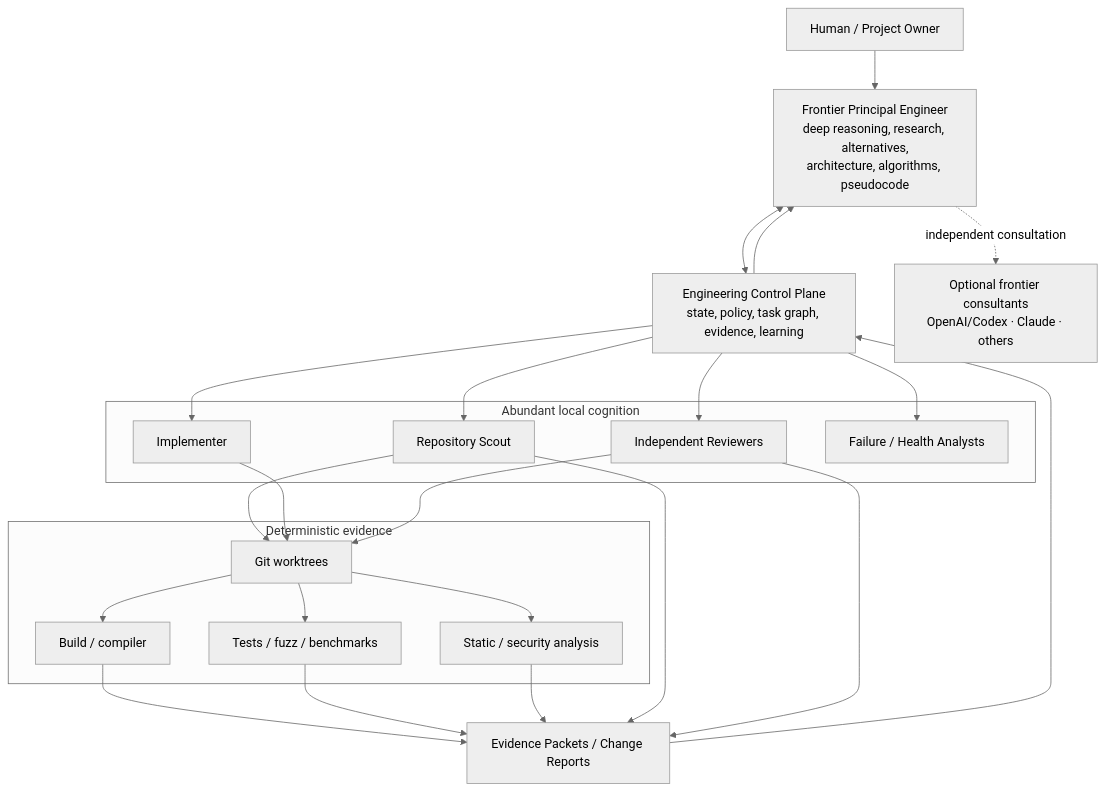
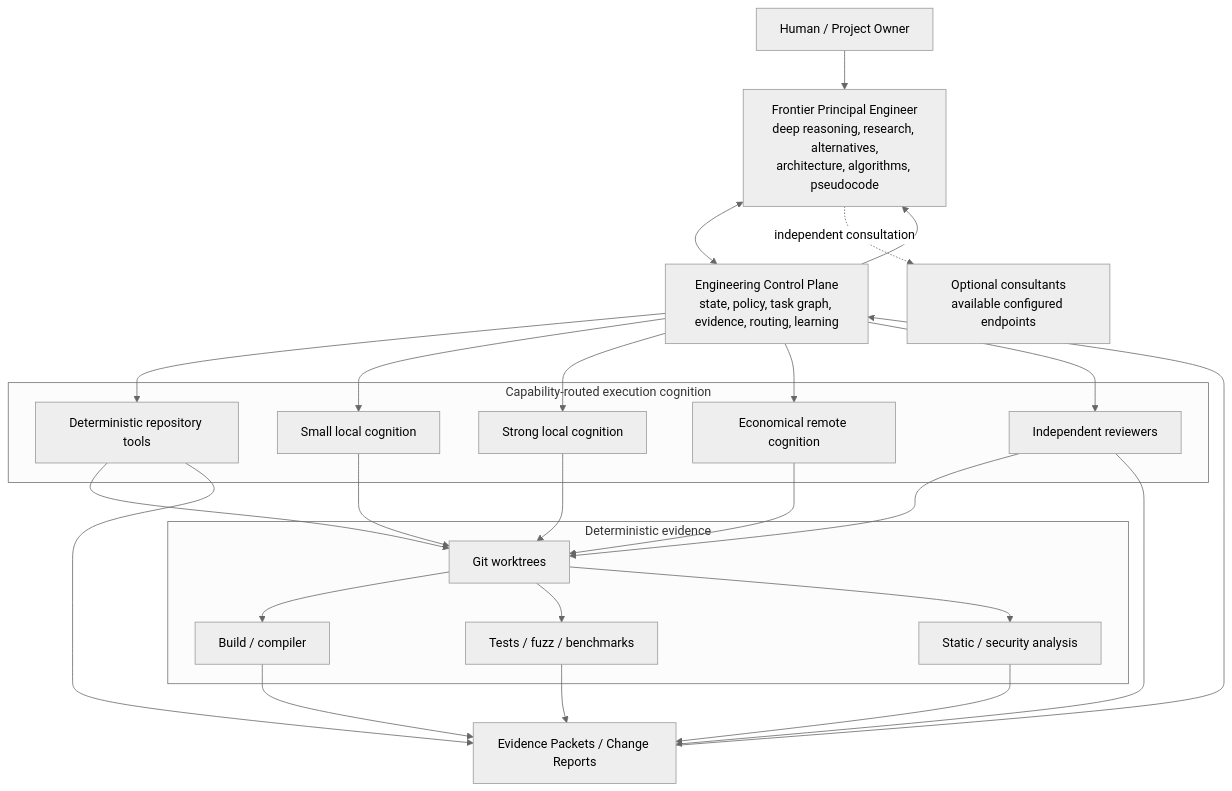
Before and after one commit to olostan/DevCadence: the first of 2 diagrams in README.md, drawn with Mermaid (neutral theme). The commit also changed other lines of this file, not shown here.

Commit message:
docs: reconcile README with adaptive cognition and project adoption

````diff
--- a/README.md
+++ b/README.md
@@ -21,44 +25,48 @@
 ```mermaid
 flowchart TB
     H["Human / Project Owner"]
     P["Frontier Principal Engineer<br/>deep reasoning, research, alternatives,<br/>architecture, algorithms, pseudocode"]
-    C["Engineering Control Plane<br/>state, policy, task graph, evidence, learning"]
+    C["Engineering Control Plane<br/>state, policy, task graph, evidence, routing, learning"]
 
-    subgraph Local["Abundant local cognition"]
-      S["Repository Scout"]
-      I["Implementer"]
-      R["Independent Reviewers"]
-      F["Failure / Health Analysts"]
+    subgraph Exec["Capability-routed execution cognition"]
+      D["Deterministic repository tools"]
+      S["Small local cognition"]
+      L["Strong local cognition"]
+      E["Economical remote cognition"]
+      R["Independent reviewers"]
     end
 
     subgraph Tools["Deterministic evidence"]
       G["Git worktrees"]
       B["Build / compiler"]
       T["Tests / fuzz / benchmarks"]
       A["Static / security analysis"]
     end
 
-    E["Evidence Packets / Change Reports"]
-    X["Optional frontier consultants<br/>OpenAI/Codex · Claude · others"]
+    EP["Evidence Packets / Change Reports"]
+    X["Optional consultants<br/>available configured endpoints"]
 
     H --> P
     P <--> C
     P -. independent consultation .-> X
+    C --> D
     C --> S
-    C --> I
+    C --> L
+    C --> E
     C --> R
-    C --> F
+    D --> G
     S --> G
-    I --> G
+    L --> G
+    E --> G
     R --> G
     G --> B
     G --> T
     G --> A
-    B --> E
-    T --> E
-    A --> E
-    S --> E
-    R --> E
-    E --> C
+    B --> EP
+    T --> EP
+    A --> EP
+    D --> EP
+    R --> EP
+    EP --> C
     C --> P
 ```
````
